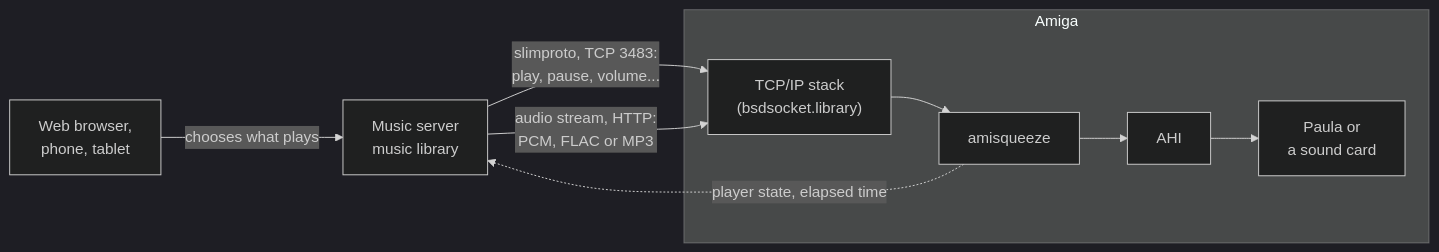
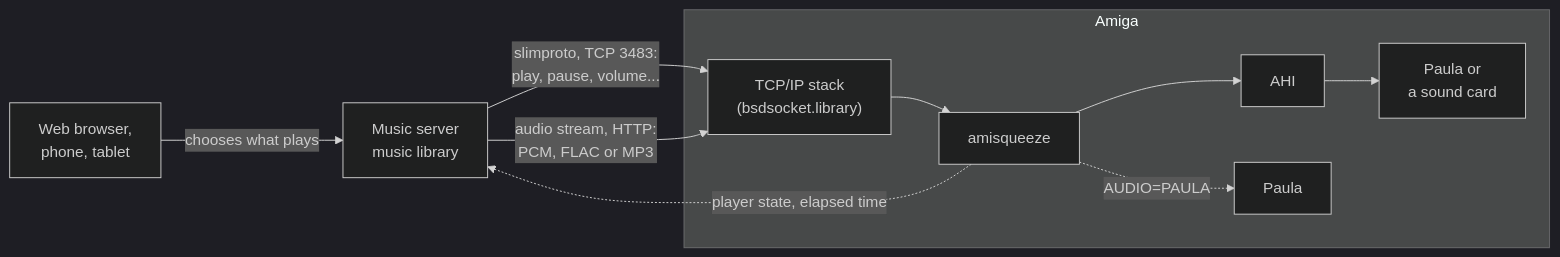
Before and after one commit to shadow38/amiga-network-music: the diagram in README.md, drawn with Mermaid (dark theme). The commit also changed other lines of this file and 18 other files, not shown here.

````diff
--- a/README.md
+++ b/README.md
@@ -18,12 +18,13 @@
 ```mermaid
 flowchart LR
     ctl["Web browser,<br>phone, tablet"] -->|"chooses what plays"| srv["Music server<br>music library"]
     subgraph amiga ["Amiga"]
         tcp["TCP/IP stack<br>(bsdsocket.library)"] --> sq["amisqueeze"]
         sq --> ahi["AHI"]
+        sq -.->|"AUDIO=PAULA"| paula["Paula"]
         ahi --> out["Paula or<br>a sound card"]
     end
     srv -->|"slimproto, TCP 3483:<br>play, pause, volume..."| tcp
     srv -->|"audio stream, HTTP:<br>PCM, FLAC or MP3"| tcp
     sq -.->|"player state, elapsed time"| srv
 ```
````
